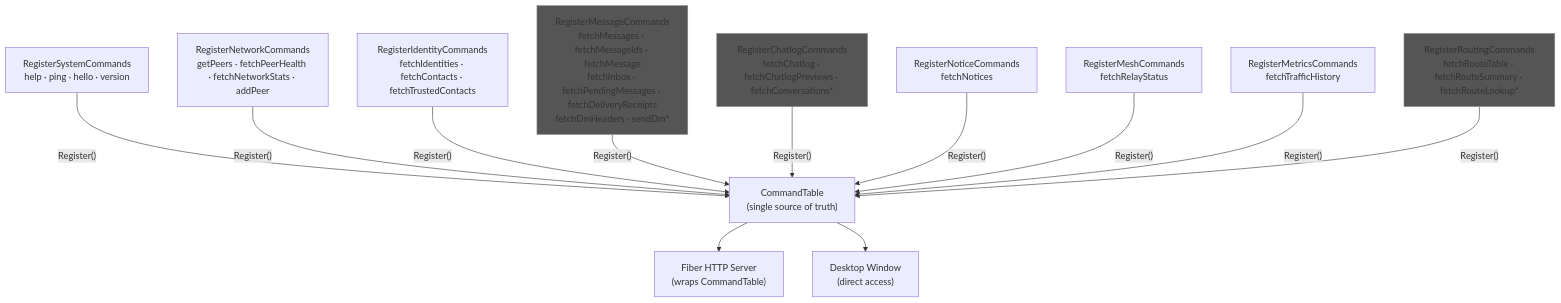
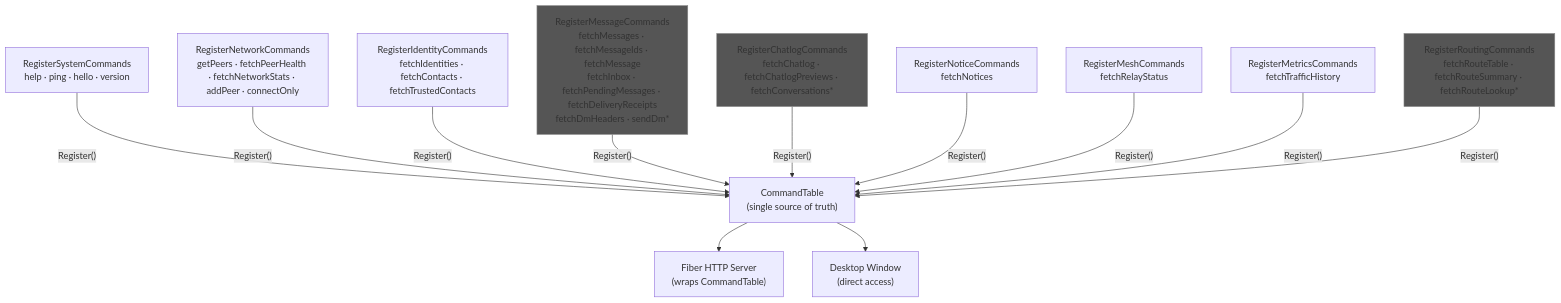
Before and after one commit to piratecash/corsa: the fourth of 8 diagrams in docs/rpc.md, drawn with Mermaid. The commit also changed other lines of this file and 18 other files, not shown here.

Commit message:
feat(node,rpc,config): connectOnly - pin all egress to a single peer, drop every other outbound (CORSA_CONNECT_ONLY)

````diff
--- a/docs/rpc.md
+++ b/docs/rpc.md
@@ -171,31 +171,31 @@
 ```mermaid
 graph TD
     TABLE["CommandTable<br/>(single source of truth)"]
 
     REG_SYS["RegisterSystemCommands<br/>help · ping · hello · version"]
-    REG_NET["RegisterNetworkCommands<br/>getPeers · fetchPeerHealth · fetchNetworkStats · addPeer"]
+    REG_NET["RegisterNetworkCommands<br/>getPeers · fetchPeerHealth · fetchNetworkStats · addPeer · connectOnly"]
     REG_IDN["RegisterIdentityCommands<br/>fetchIdentities · fetchContacts · fetchTrustedContacts"]
     REG_MSG["RegisterMessageCommands<br/>fetchMessages · fetchMessageIds · fetchMessage<br/>fetchInbox · fetchPendingMessages · fetchDeliveryReceipts<br/>fetchDmHeaders · sendDm*"]
     REG_CHT["RegisterChatlogCommands<br/>fetchChatlog · fetchChatlogPreviews · fetchConversations*"]
     REG_NTC["RegisterNoticeCommands<br/>fetchNotices"]
     REG_MSH["RegisterMeshCommands<br/>fetchRelayStatus"]
     REG_MET["RegisterMetricsCommands<br/>fetchTrafficHistory"]
     REG_RTE["RegisterRoutingCommands<br/>fetchRouteTable · fetchRouteSummary · fetchRouteLookup*"]
 
     REG_SYS -->|"Register()"| TABLE
     REG_NET -->|"Register()"| TABLE
     REG_IDN -->|"Register()"| TABLE
     REG_MSG -->|"Register()"| TABLE
     REG_CHT -->|"Register()"| TABLE
     REG_NTC -->|"Register()"| TABLE
     REG_MSH -->|"Register()"| TABLE
     REG_MET -->|"Register()"| TABLE
     REG_RTE -->|"Register()"| TABLE
 
     TABLE --> SERVER["Fiber HTTP Server<br/>(wraps CommandTable)"]
     TABLE --> WINDOW["Desktop Window<br/>(direct access)"]
 
     style REG_CHT fill:#555,stroke:#888
     style REG_MSG fill:#555,stroke:#888
     style REG_RTE fill:#555,stroke:#888
 ```
````
